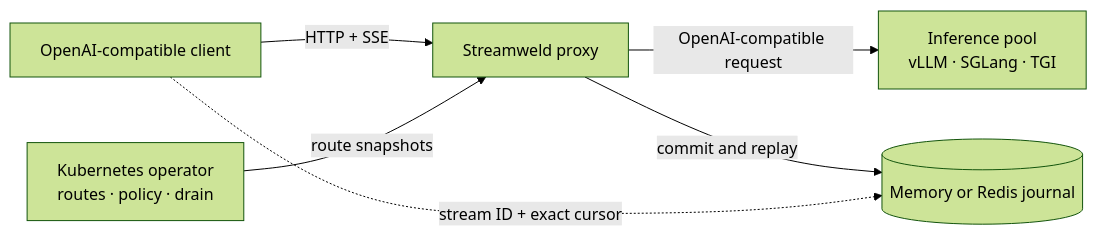
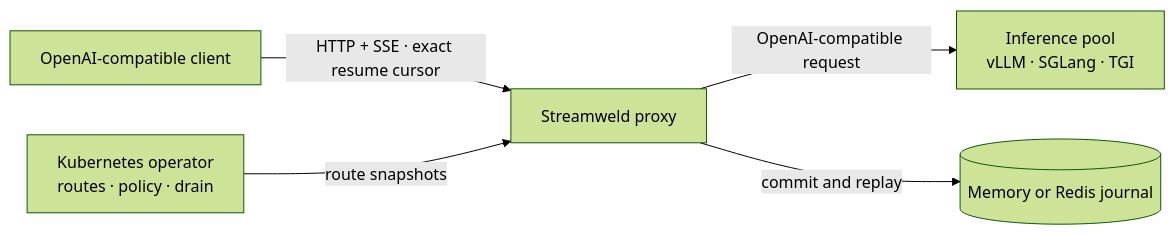
The diagram in README.md (satwiksps/streamweld), drawn with Mermaid (forest theme) before and after one commit. The commit also changed other lines of this file and 34 other files, not shown here.

````diff
--- a/README.md
+++ b/README.md
@@ -43,8 +64,7 @@
 ```mermaid
 flowchart LR
-    Client[OpenAI-compatible client] -->|HTTP + SSE| Proxy[Streamweld proxy]
+    Client[OpenAI-compatible client] -->|HTTP + SSE · exact resume cursor| Proxy[Streamweld proxy]
     Proxy -->|OpenAI-compatible request| Pool[Inference pool<br/>vLLM · SGLang · TGI]
     Proxy -->|commit and replay| Journal[(Memory or Redis journal)]
     Operator[Kubernetes operator<br/>routes · policy · drain] -->|route snapshots| Proxy
-    Client -.->|stream ID + exact cursor| Journal
 ```
````
